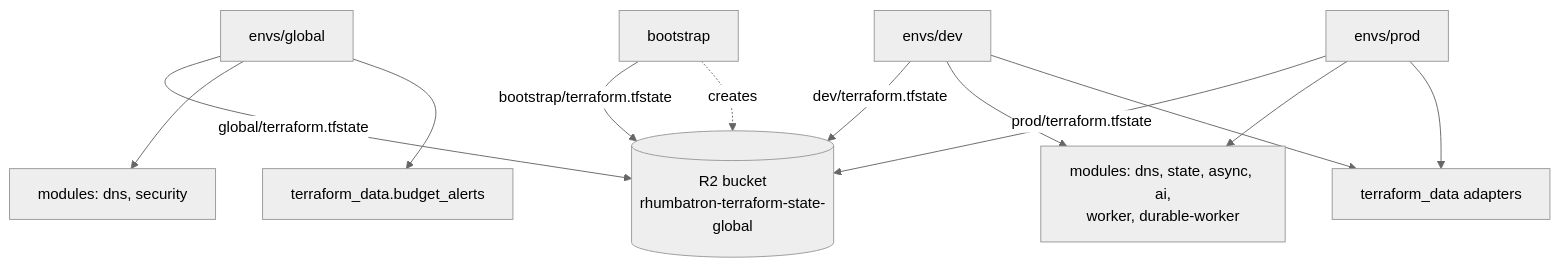
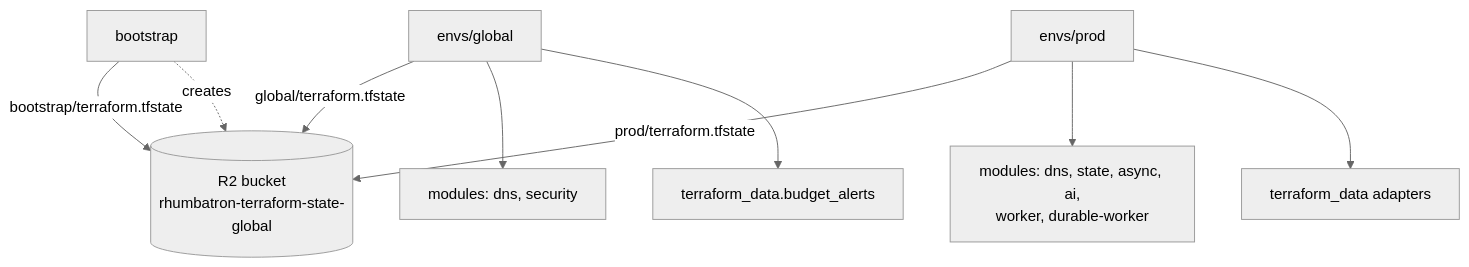
The first of 2 diagrams in infrastructure/terraform/README.md (nsudhanva/rhumbatron), drawn with Mermaid (neutral theme) before and after one commit. The commit also changed other lines of this file and 20 other files, not shown here.

````diff
--- a/infrastructure/terraform/README.md
+++ b/infrastructure/terraform/README.md
@@ -19,15 +18,12 @@
 ```mermaid
 flowchart TB
   S[("R2 bucket<br/>rhumbatron-terraform-state-global")]
   B["bootstrap"] -- "bootstrap/terraform.tfstate" --> S
   G["envs/global"] -- "global/terraform.tfstate" --> S
-  D["envs/dev"] -- "dev/terraform.tfstate" --> S
   P["envs/prod"] -- "prod/terraform.tfstate" --> S
   B -. creates .-> S
   G --> MG["modules: dns, security"]
-  D --> ME["modules: dns, state, async, ai,<br/>worker, durable-worker"]
-  P --> ME
-  D --> AD["terraform_data adapters"]
-  P --> AD
+  P --> ME["modules: dns, state, async, ai,<br/>worker, durable-worker"]
+  P --> AD["terraform_data adapters"]
   G --> AB["terraform_data.budget_alerts"]
 ```
````
